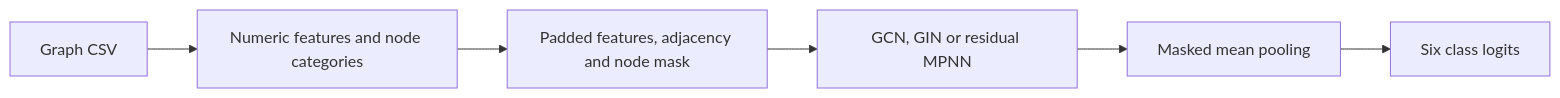
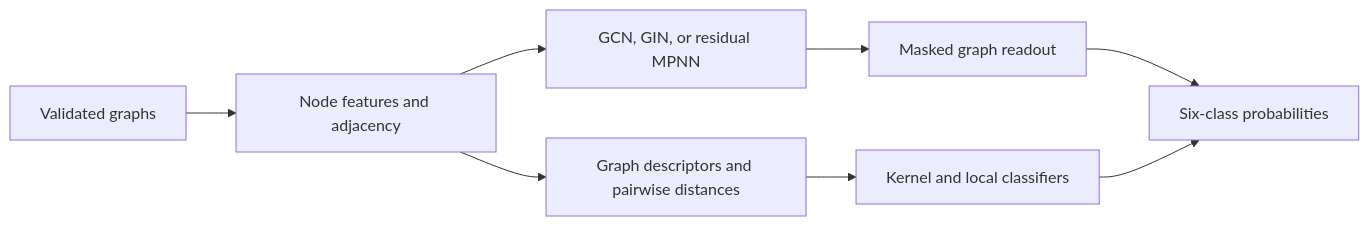
One commit to EnzoPicarel/enzyme-graph-classifier changed the diagram in README.md. Above: the diagram before and after it, drawn with Mermaid. The commit also changed other lines of this file and 5 other files, not shown here.

````diff
--- a/README.md
+++ b/README.md
@@ -40,8 +39,10 @@
 ```mermaid
 flowchart LR
-    A[Graph CSV] --> B[Numeric features and node categories]
-    B --> C[Padded features, adjacency and node mask]
-    C --> D[GCN, GIN or residual MPNN]
-    D --> E[Masked mean pooling]
-    E --> F[Six class logits]
+    A[Validated graphs] --> B[Node features and adjacency]
+    B --> C[GCN, GIN, or residual MPNN]
+    C --> D[Masked graph readout]
+    B --> E[Graph descriptors and pairwise distances]
+    E --> F[Kernel and local classifiers]
+    D --> G[Six-class probabilities]
+    F --> G
 ```
````
